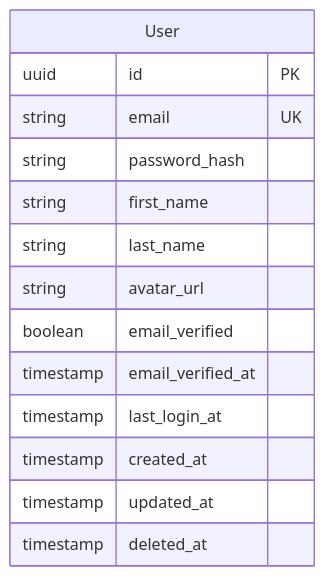
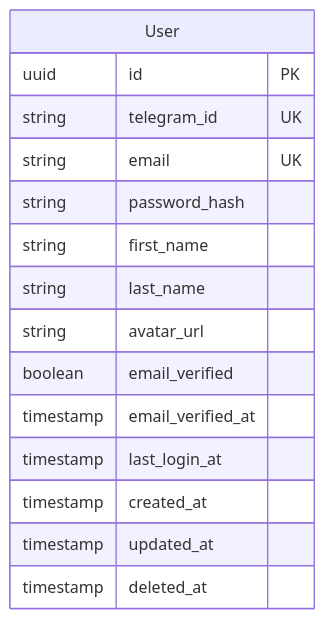
The second of 23 diagrams in docs/data/domain-model.md (egorov-ma/aqstream), drawn with Mermaid before and after one commit. The commit also changed other lines of this file and 47 other files, not shown here.

````diff
--- a/docs/data/domain-model.md
+++ b/docs/data/domain-model.md
@@ -50,17 +55,18 @@
 ```mermaid
 erDiagram
     User {
         uuid id PK
+        string telegram_id UK
         string email UK
         string password_hash
         string first_name
         string last_name
         string avatar_url
         boolean email_verified
         timestamp email_verified_at
         timestamp last_login_at
         timestamp created_at
         timestamp updated_at
         timestamp deleted_at
     }
 ```
````
